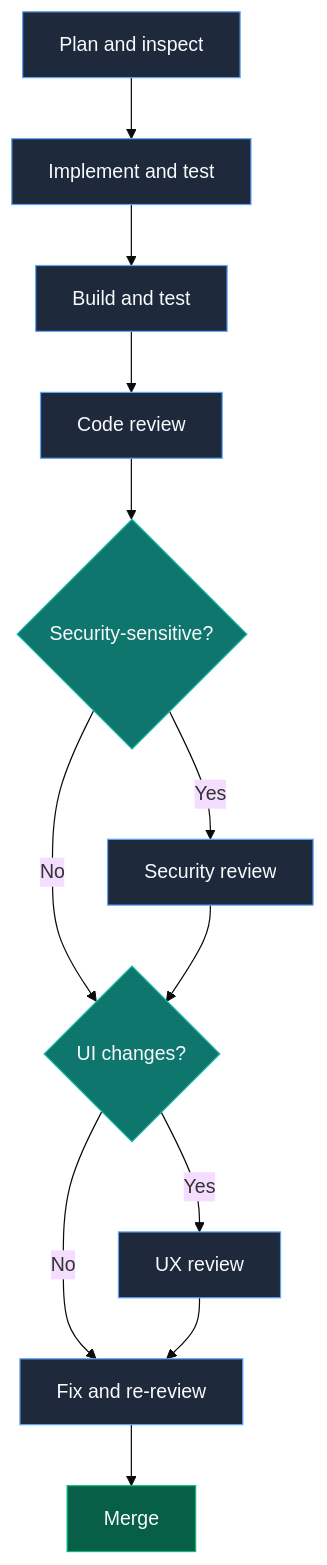
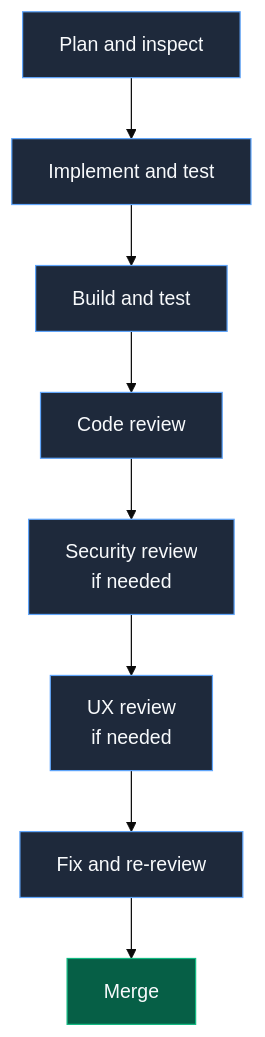
The diagram in README.md (wmorgan69/light-controller-simulator), drawn with Mermaid (base theme) before and after one commit.

Commit message:
Simplify Mermaid diagram to fix rendering issue
Removed decision nodes with branching logic that were causing render flashing.
Simplified to linear workflow with 'if needed' labels for conditional reviews.
This removes complexity that may have caused parser issues.

````diff
--- a/README.md
+++ b/README.md
@@ -9,22 +9,25 @@
 ```mermaid
 flowchart TD
-  A["Plan and inspect"] --> B["Implement and test"]
-  B --> C["Build and test"]
-  C --> D["Code review"]
-  D --> E{"Security-sensitive?"}
-  E -->|Yes| F["Security review"]
-  E -->|No| G{"UI changes?"}
+  A["Plan and inspect"]
+  B["Implement and test"]
+  C["Build and test"]
+  D["Code review"]
+  E["Security review<br/>if needed"]
+  F["UX review<br/>if needed"]
+  G["Fix and re-review"]
+  H["Merge"]
+  
+  A --> B
+  B --> C
+  C --> D
+  D --> E
+  E --> F
   F --> G
-  G -->|Yes| H["UX review"]
-  G -->|No| I["Fix and re-review"]
-  H --> I
-  I --> J["Merge"]
+  G --> H
   
   classDef stage fill:#1E293B,stroke:#60A5FA,color:#F8FAFC;
-  classDef decision fill:#0F766E,stroke:#14B8A6,color:#F8FAFC;
   classDef outcome fill:#065F46,stroke:#10B981,color:#F8FAFC;
   
-  class A,B,C,D,F,H,I stage;
-  class E,G decision;
-  class J outcome;
+  class A,B,C,D,E,F,G stage;
+  class H outcome;
 ```
````
